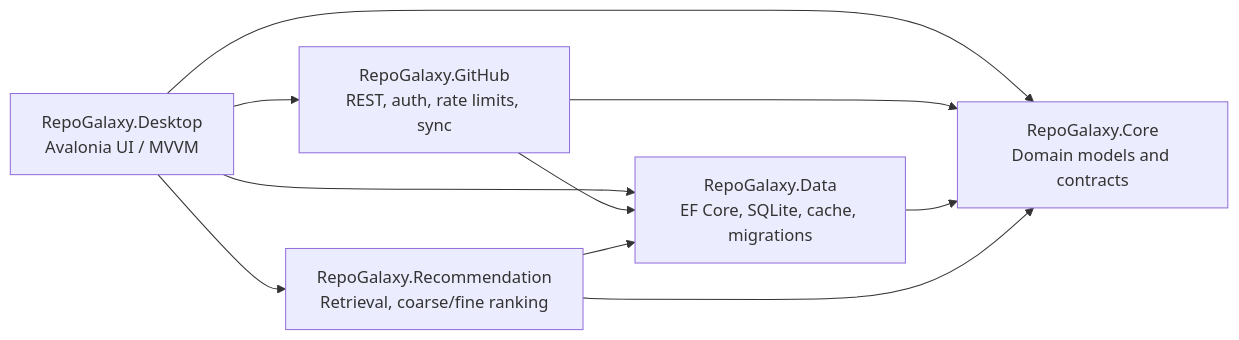
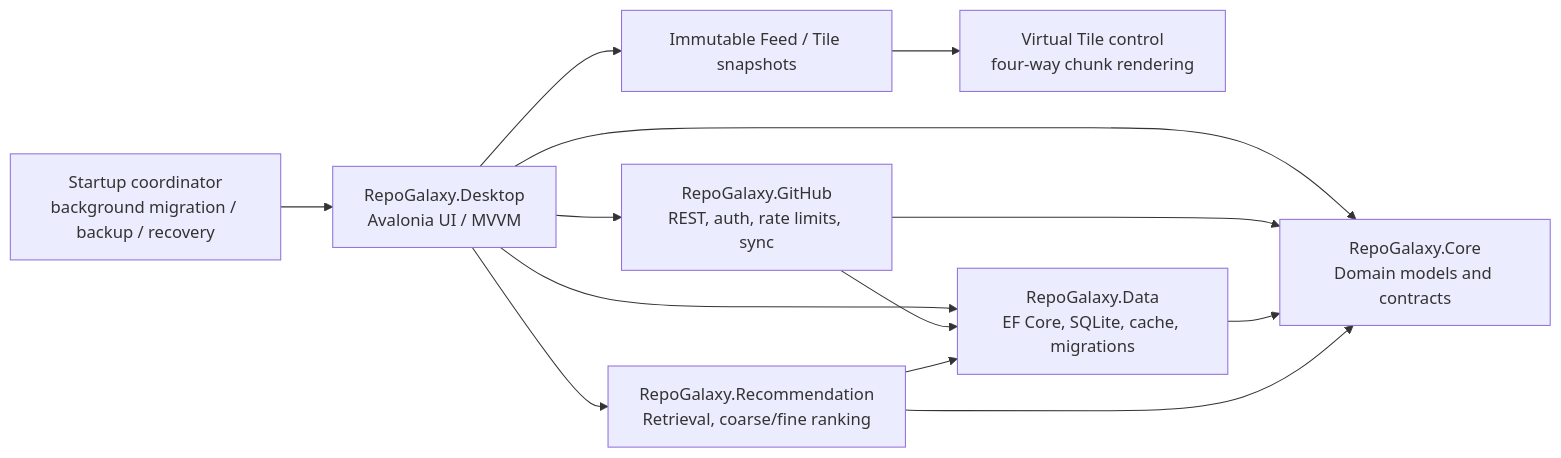
One commit to CloverIris/RepoGalaxy changed the diagram in README.en.md. Above: the diagram before and after it, drawn with Mermaid. The commit also changed other lines of this file and 30 other files, not shown here.

First line of the commit message:
feat: Enhance DiscoverView with TilePopulationSummary and update to VirtualizedTileWorldControl

````diff
--- a/README.en.md
+++ b/README.en.md
@@ -49,12 +49,15 @@
 ```mermaid
 flowchart LR
-    Desktop["RepoGalaxy.Desktop\nAvalonia UI / MVVM"] --> Core["RepoGalaxy.Core\nDomain models and contracts"]
+    Startup["Startup coordinator\nbackground migration / backup / recovery"] --> Desktop["RepoGalaxy.Desktop\nAvalonia UI / MVVM"]
+    Desktop --> Snapshot["Immutable Feed / Tile snapshots"]
+    Snapshot --> World["Virtual Tile control\nfour-way chunk rendering"]
+    Desktop --> Core["RepoGalaxy.Core\nDomain models and contracts"]
     Desktop --> GitHub["RepoGalaxy.GitHub\nREST, auth, rate limits, sync"]
     Desktop --> Data["RepoGalaxy.Data\nEF Core, SQLite, cache, migrations"]
     Desktop --> Ranking["RepoGalaxy.Recommendation\nRetrieval, coarse/fine ranking"]
     GitHub --> Core
     GitHub --> Data
     Data --> Core
     Ranking --> Core
     Ranking --> Data
 ```
````
